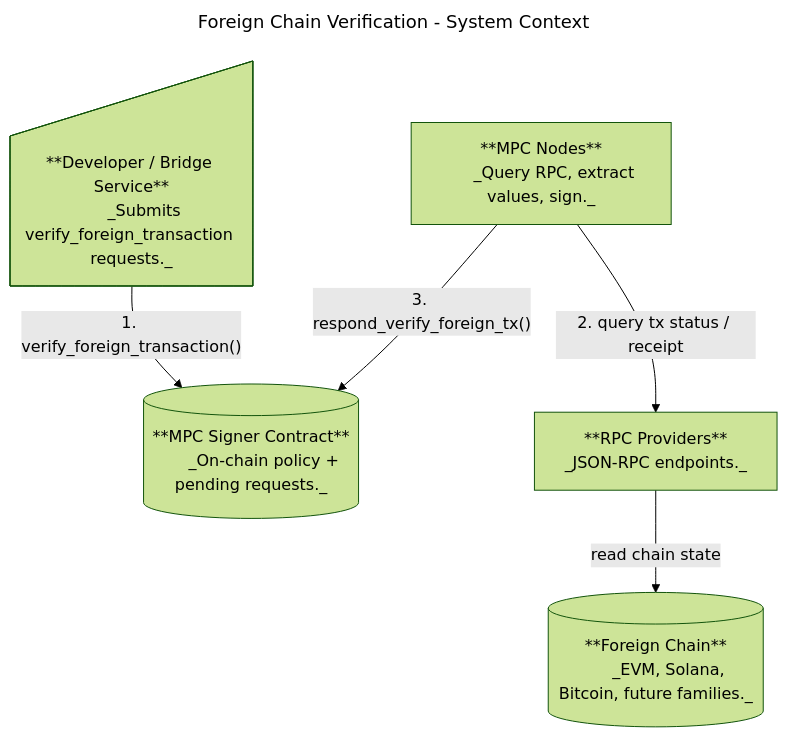
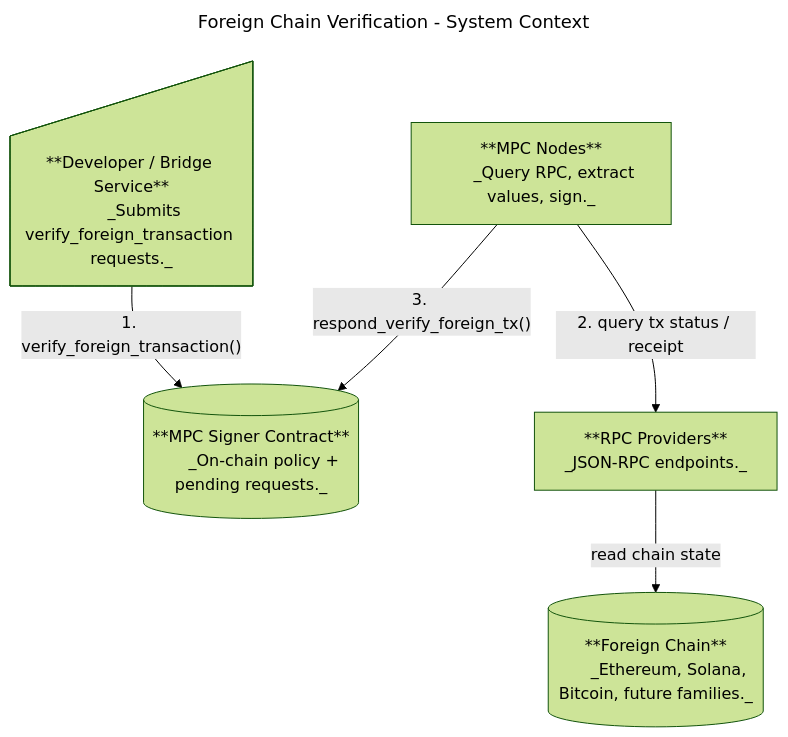
Before and after one commit to near/mpc: the first of 2 diagrams in docs/foreign_chain_transactions.md, drawn with Mermaid (forest theme). The commit also changed other lines of this file, not shown here.

Commit message:
rename to ethereum in doc

````diff
--- a/docs/foreign_chain_transactions.md
+++ b/docs/foreign_chain_transactions.md
@@ -48,31 +48,31 @@
 ```mermaid
 ---
 title: Foreign Chain Verification - System Context
 ---
 flowchart TD
     DEV["**Developer / Bridge Service**
       _Submits verify_foreign_transaction requests._"]
 
     SC["**MPC Signer Contract**
       _On-chain policy + pending requests._"]
 
     MPC["**MPC Nodes**
       _Query RPC, extract values, sign._"]
 
     RPC["**RPC Providers**
       _JSON-RPC endpoints._"]
 
     FC["**Foreign Chain**
-      _EVM, Solana, Bitcoin, future families._"]
+      _Ethereum, Solana, Bitcoin, future families._"]
 
     DEV -->|"1. verify_foreign_transaction()"| SC
     MPC -->|"3. respond_verify_foreign_tx()"| SC
     MPC -->|"2. query tx status / receipt"| RPC
     RPC -->|"read chain state"| FC
 
     DEV@{ shape: manual-input}
     SC@{ shape: db}
     MPC@{ shape: proc}
     RPC@{ shape: proc}
     FC@{ shape: cylinder}
 ```
````
